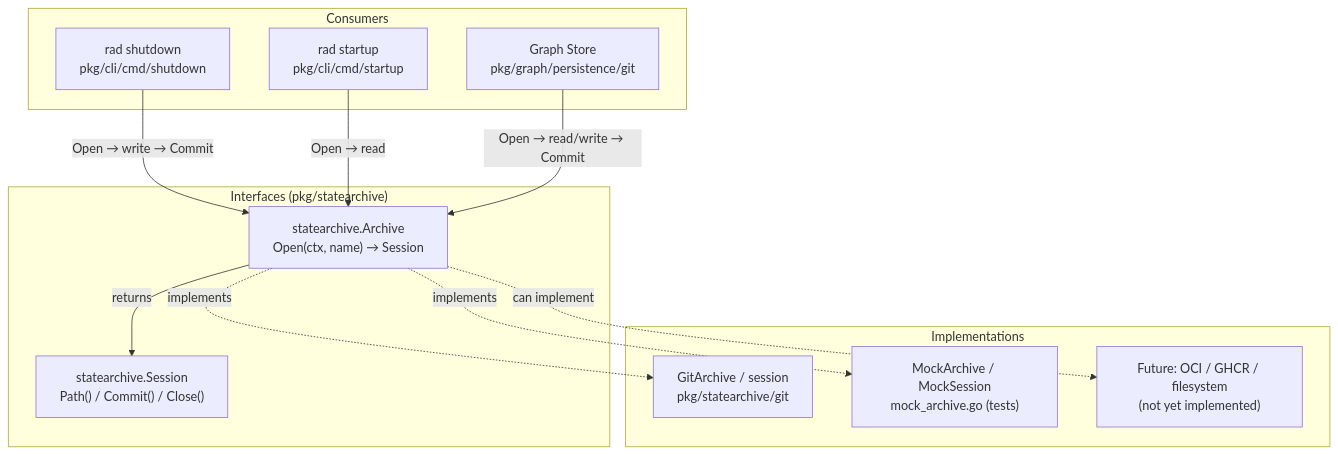
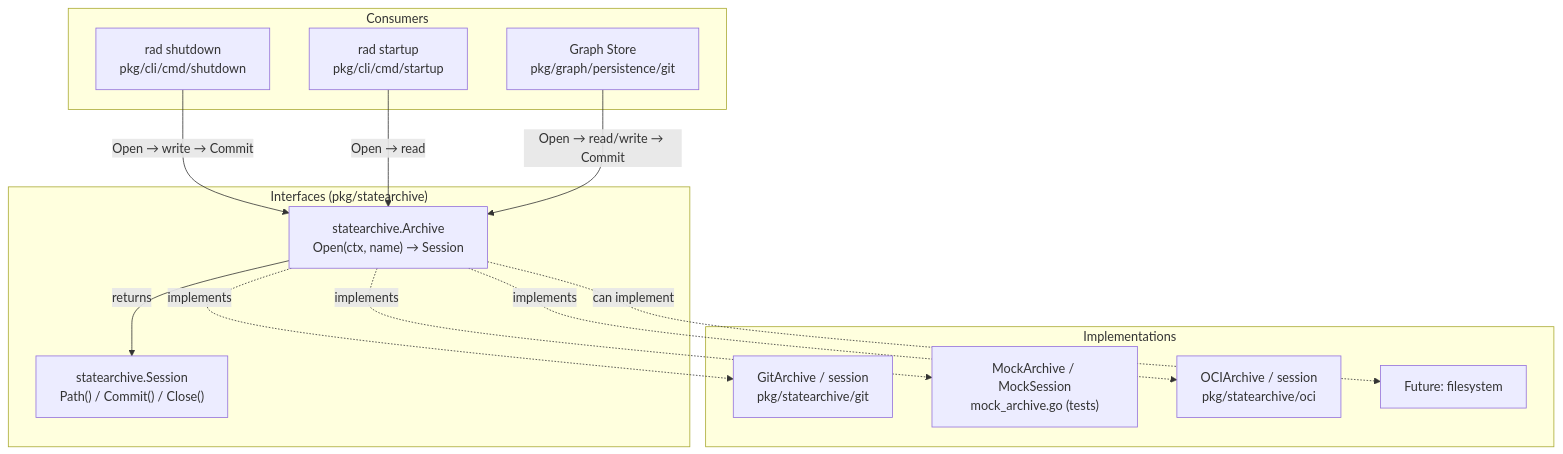
Before and after one commit to radius-project/radius: the first of 3 diagrams in docs/architecture/state-archive.md, drawn with Mermaid. The commit also changed other lines of this file and 13 other files, not shown here.

Commit message:
Add OCI state archive backend

````diff
--- a/docs/architecture/state-archive.md
+++ b/docs/architecture/state-archive.md
@@ -17,29 +17,31 @@
 ```mermaid
 graph TD
     subgraph "Consumers"
         Shutdown["rad shutdown<br/>pkg/cli/cmd/shutdown"]
         Startup["rad startup<br/>pkg/cli/cmd/startup"]
         GraphStore["Graph Store<br/>pkg/graph/persistence/git"]
     end
 
     subgraph "Interfaces (pkg/statearchive)"
         Archive["statearchive.Archive<br/>Open(ctx, name) → Session"]
         Session["statearchive.Session<br/>Path() / Commit() / Close()"]
     end
 
     subgraph "Implementations"
         GitArchive["GitArchive / session<br/>pkg/statearchive/git"]
         MockArchive["MockArchive / MockSession<br/>mock_archive.go (tests)"]
-        Future["Future: OCI / GHCR / filesystem<br/>(not yet implemented)"]
+        OCIArchive["OCIArchive / session<br/>pkg/statearchive/oci"]
+        Future["Future: filesystem"]
     end
 
     Shutdown -->|"Open → write → Commit"| Archive
     Startup -->|"Open → read"| Archive
     GraphStore -->|"Open → read/write → Commit"| Archive
 
     Archive -->|"returns"| Session
 
     Archive -.->|implements| GitArchive
+    Archive -.->|implements| OCIArchive
     Archive -.->|implements| MockArchive
     Archive -.->|"can implement"| Future
 ```
````
